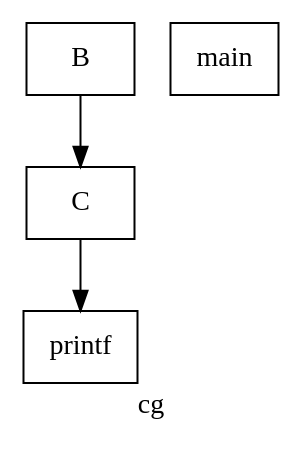
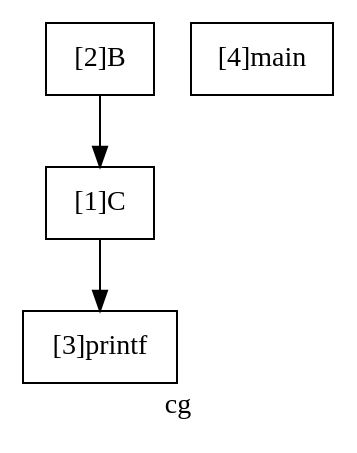
Before and after one commit to Mike-Wilson22/Program-Analysis: the diagram in pa_template/benchmark/bench4/cg.dot, drawn with Graphviz. The commit also changed 149 other files, not shown here.

```diff
--- a/pa_template/benchmark/bench4/cg.dot
+++ b/pa_template/benchmark/bench4/cg.dot
@@ -1,15 +1,15 @@
 digraph "cg"{
 	label="cg";
 
 
 	// Define the nodes
-	N1 [shape=rectangle, color=black,label="C"];
-	N2 [shape=rectangle, color=black,label="B"];
-	N3 [shape=rectangle, color=black,label="printf"];
-	N4 [shape=rectangle, color=black,label="main"];
+	N1 [shape=rectangle, color=black,label="[1]C"];
+	N2 [shape=rectangle, color=black,label="[2]B"];
+	N3 [shape=rectangle, color=black,label="[3]printf"];
+	N4 [shape=rectangle, color=black,label="[4]main"];
 
 
 	// Define the edges
 	N1 -> N3[color=black,label=""];
 	N2 -> N1[color=black,label=""];
 }
```
